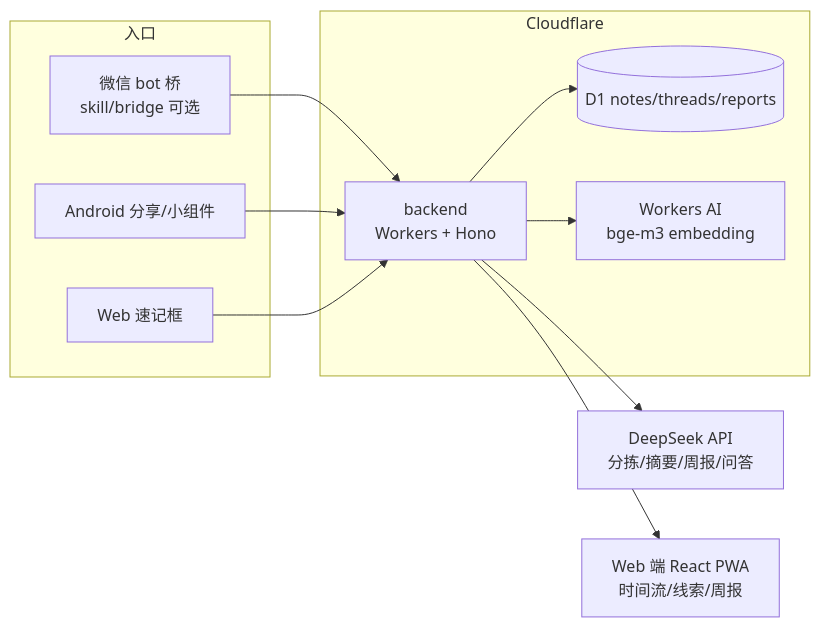
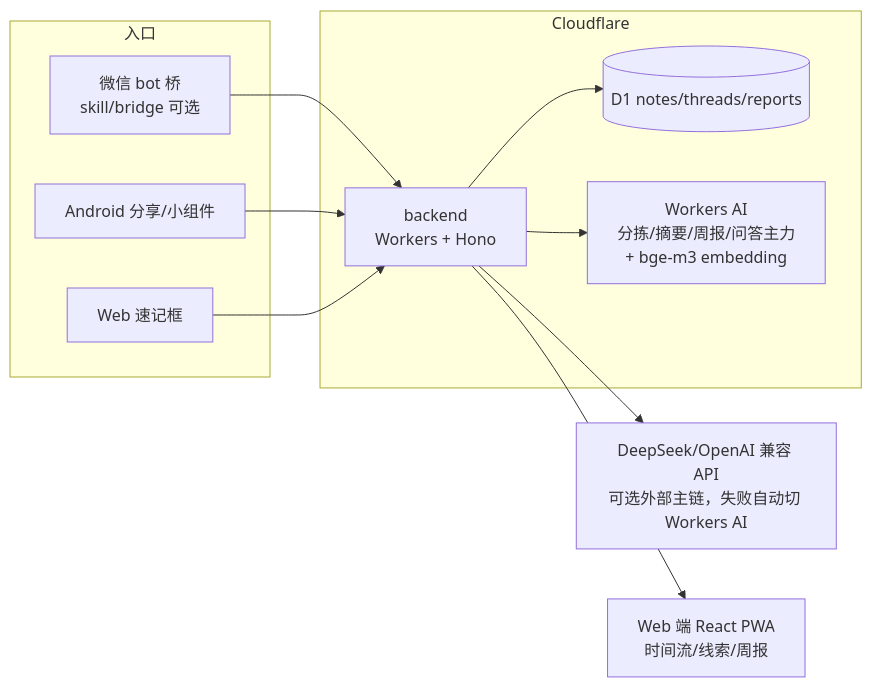
One commit to wookat/suinian changed the diagram in README.md. Above: the diagram before and after it, drawn with Mermaid. The commit also changed other lines of this file and 12 other files, not shown here.

````diff
--- a/README.md
+++ b/README.md
@@ -59,21 +59,21 @@
 ```mermaid
 flowchart LR
     subgraph 入口
         WX[微信 bot 桥<br/>skill/bridge 可选]
         AND[Android 分享/小组件]
         WEB[Web 速记框]
     end
     subgraph Cloudflare
         API[backend<br/>Workers + Hono]
         D1[(D1 notes/threads/reports)]
-        AI2[Workers AI<br/>bge-m3 embedding]
+        AI2[Workers AI<br/>分拣/摘要/周报/问答主力<br/>+ bge-m3 embedding]
     end
-    DS[DeepSeek API<br/>分拣/摘要/周报/问答]
+    DS[DeepSeek/OpenAI 兼容 API<br/>可选外部主链，失败自动切 Workers AI]
     WX --> API
     AND --> API
     WEB --> API
     API --> D1
     API --> AI2
     API --> DS
     API --> VIEW[Web 端 React PWA<br/>时间流/线索/周报]
 ```
````
